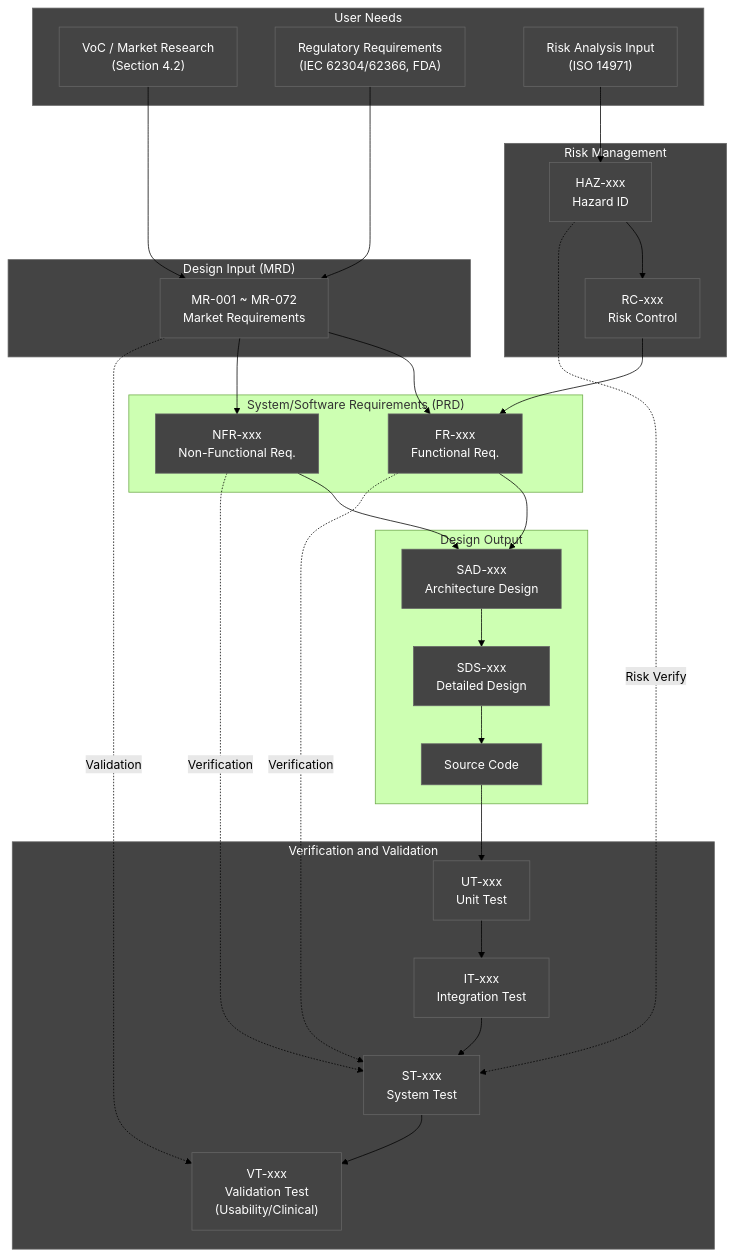
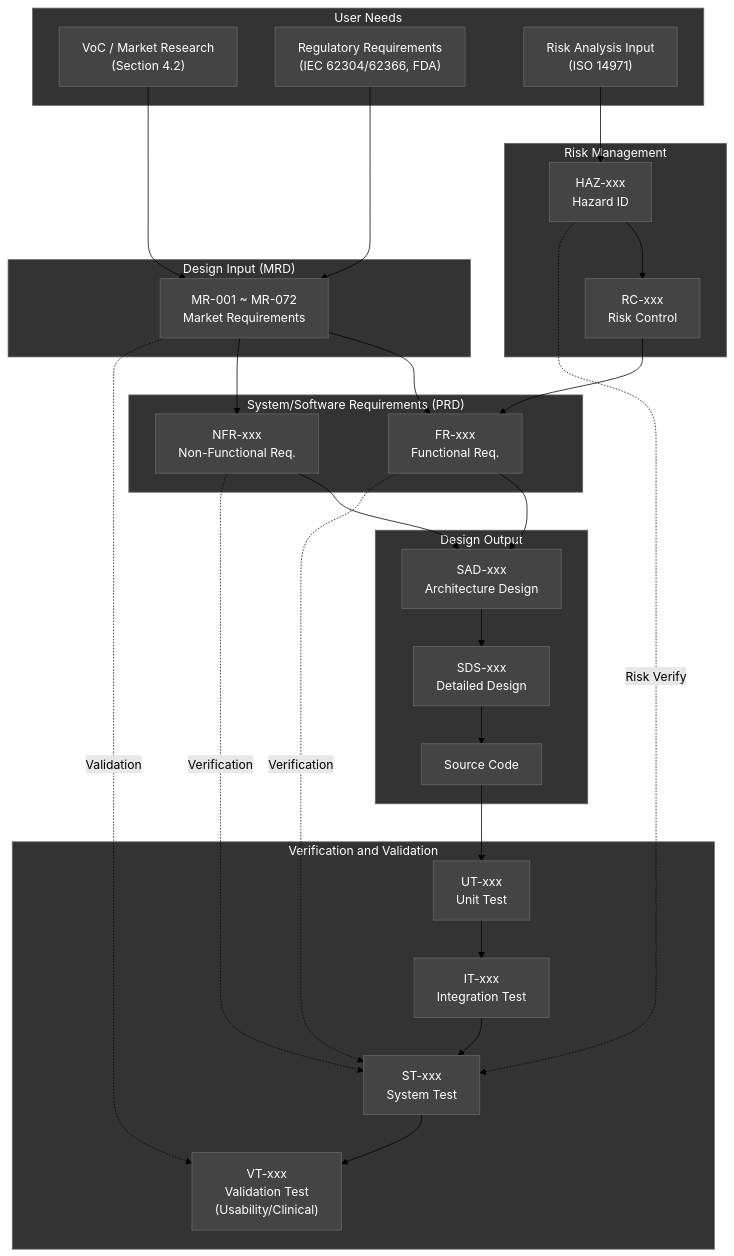
One commit to holee9/console-gui changed the fourth of 7 diagrams in docs/planning/DOC-001_MRD_v3.0.md. Above: the diagram before and after it, drawn with Mermaid (forest theme). The commit also changed other lines of this file and 2 other files, not shown here.

First line of the commit message:
fix: Mermaid 차트 전체 classDef default 방식으로 변환

````diff
--- a/docs/planning/DOC-001_MRD_v3.0.md
+++ b/docs/planning/DOC-001_MRD_v3.0.md
@@ -543,75 +543,63 @@
 ```mermaid
 flowchart TD
+    classDef default fill:#444,stroke:#666,color:#fff
     subgraph UN["User Needs"]
         VoC["VoC / Market Research\n(Section 4.2)"]
         Reg["Regulatory Requirements\n(IEC 62304/62366, FDA)"]
         Risk0["Risk Analysis Input\n(ISO 14971)"]
     end
 
     subgraph DI["Design Input (MRD)"]
         MR["MR-001 ~ MR-072\nMarket Requirements"]
     end
 
     subgraph SyRS_PRD["System/Software Requirements (PRD)"]
         FR["FR-xxx\nFunctional Req."]
         NFR["NFR-xxx\nNon-Functional Req."]
     end
 
     subgraph DO["Design Output"]
         SAD["SAD-xxx\nArchitecture Design"]
         SDS["SDS-xxx\nDetailed Design"]
         Code["Source Code"]
     end
 
     subgraph VV["Verification and Validation"]
         UT["UT-xxx\nUnit Test"]
         IT["IT-xxx\nIntegration Test"]
         ST["ST-xxx\nSystem Test"]
         VT["VT-xxx\nValidation Test\n(Usability/Clinical)"]
     end
 
     subgraph RM["Risk Management"]
         HAZ["HAZ-xxx\nHazard ID"]
         RC["RC-xxx\nRisk Control"]
     end
 
     VoC --> MR
     Reg --> MR
     Risk0 --> HAZ
     MR --> FR
     MR --> NFR
     HAZ --> RC
     RC --> FR
     FR --> SAD
     NFR --> SAD
     SAD --> SDS
     SDS --> Code
     Code --> UT
     UT --> IT
     IT --> ST
     ST --> VT
     FR -.->|Verification| ST
     NFR -.->|Verification| ST
     MR -.->|Validation| VT
     HAZ -.->|Risk Verify| ST
 
-    style UN fill:#444,stroke:#666,color:#fff
-    style DI fill:#444,stroke:#666,color:#fff
-    style VV fill:#444,stroke:#666,color:#fff
-    style RM fill:#444,stroke:#666,color:#fff
-    style VoC fill:#444,stroke:#666,color:#fff
-    style Reg fill:#444,stroke:#666,color:#fff
-    style Risk0 fill:#444,stroke:#666,color:#fff
-    style MR fill:#444,stroke:#666,color:#fff
-    style FR fill:#444,stroke:#666,color:#fff
-    style NFR fill:#444,stroke:#666,color:#fff
-    style SAD fill:#444,stroke:#666,color:#fff
-    style SDS fill:#444,stroke:#666,color:#fff
-    style Code fill:#444,stroke:#666,color:#fff
-    style UT fill:#444,stroke:#666,color:#fff
-    style IT fill:#444,stroke:#666,color:#fff
-    style ST fill:#444,stroke:#666,color:#fff
-    style VT fill:#444,stroke:#666,color:#fff
-    style HAZ fill:#444,stroke:#666,color:#fff
-    style RC fill:#444,stroke:#666,color:#fff
+    style DI fill:#333,stroke:#666,color:#fff
+    style DO fill:#333,stroke:#666,color:#fff
+    style RM fill:#333,stroke:#666,color:#fff
+    style SyRS_PRD fill:#333,stroke:#666,color:#fff
+    style UN fill:#333,stroke:#666,color:#fff
+    style VV fill:#333,stroke:#666,color:#fff
 ```
````
